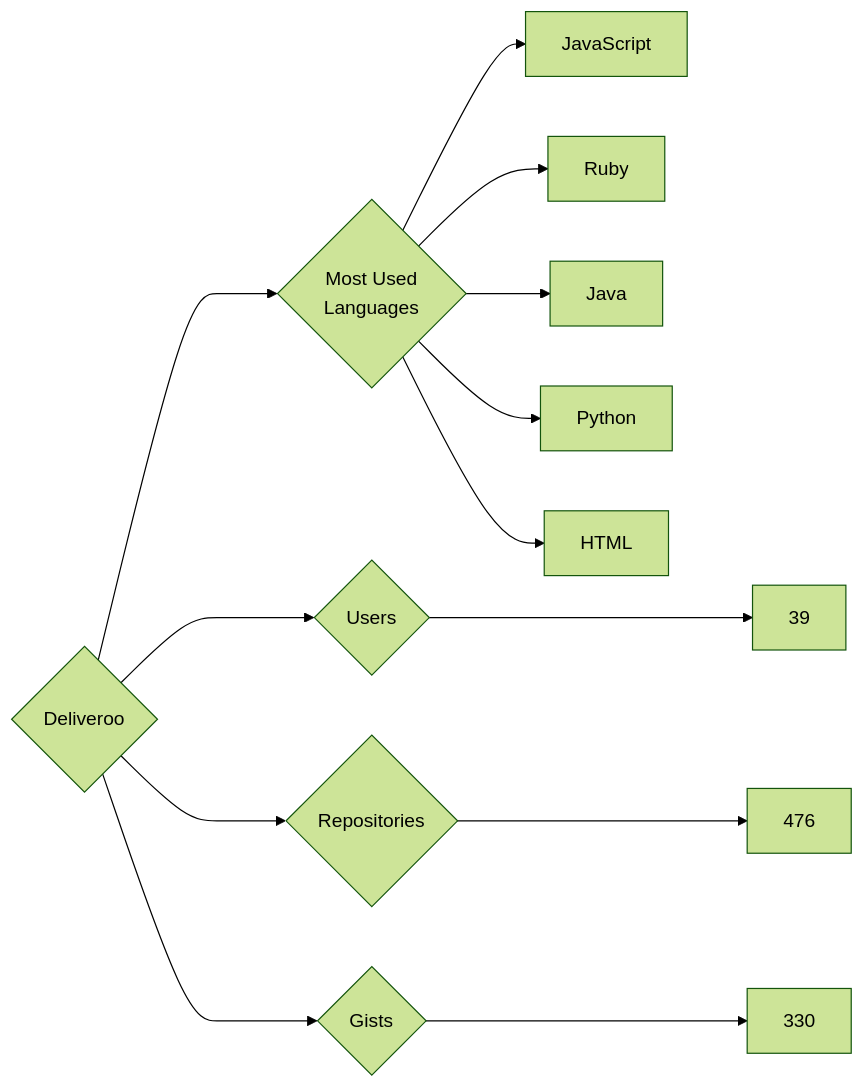
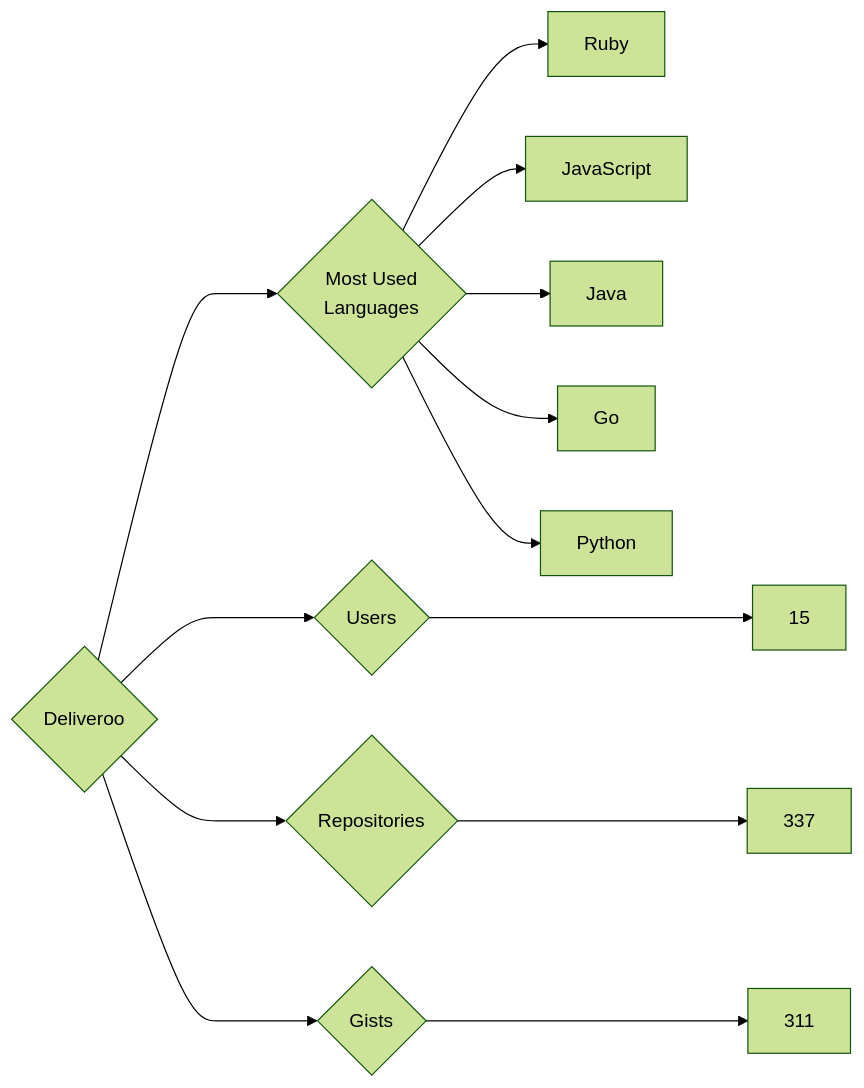
One commit to trickest/insiders changed the diagram in targets/Deliveroo/README.md. Above: the diagram before and after it, drawn with Mermaid (forest theme). The commit also changed 736 other files, not shown here.

````diff
--- a/targets/Deliveroo/README.md
+++ b/targets/Deliveroo/README.md
@@ -3,13 +3,13 @@
 ```mermaid
 graph LR
 COMPANY_NAME{Deliveroo}
-COMPANY_NAME ---> U{Users} ---> UN[39]
-COMPANY_NAME ---> R{Repositories} ---> RN[476]
-COMPANY_NAME ---> G{Gists} ---> GN[330]
+COMPANY_NAME ---> U{Users} ---> UN[15]
+COMPANY_NAME ---> R{Repositories} ---> RN[337]
+COMPANY_NAME ---> G{Gists} ---> GN[311]
 COMPANY_NAME ---> ML{Most Used<br>Languages}
+ML --> Ruby[Ruby]
 ML --> JavaScript[JavaScript]
-ML --> Ruby[Ruby]
 ML --> Java[Java]
+ML --> Go[Go]
 ML --> Python[Python]
-ML --> HTML[HTML]
 ```
````
